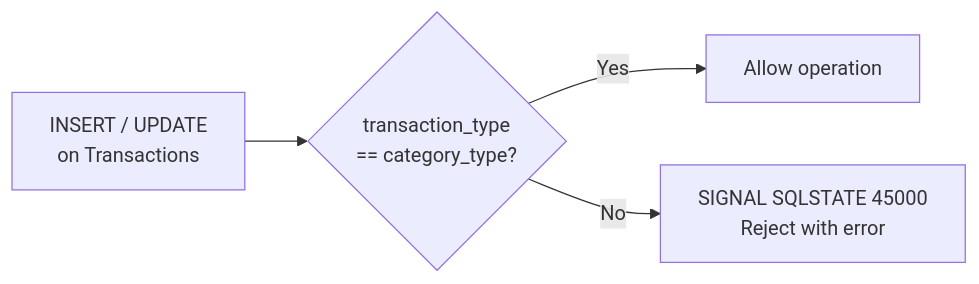
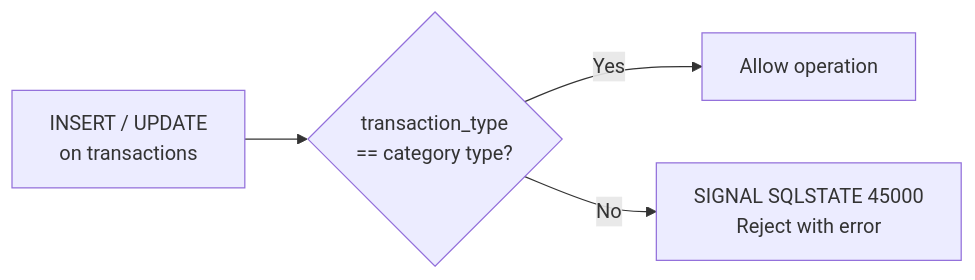
Before and after one commit to diaz3618/personal-finance-cs5356: the second of 3 diagrams in database/docs/diagrams/eer_diagram.md, drawn with Mermaid. The commit also changed other lines of this file and 1 other file, not shown here.

First line of the commit message:
Update ER and EER diagrams to the final 6-table schema

````diff
--- a/database/docs/diagrams/eer_diagram.md
+++ b/database/docs/diagrams/eer_diagram.md
@@ -51,6 +100,6 @@
 ```mermaid
 flowchart LR
-    A["INSERT / UPDATE<br/>on Transactions"] --> B{"transaction_type<br/>== category_type?"}
+    A["INSERT / UPDATE<br/>on transactions"] --> B{"transaction_type<br/>== category type?"}
     B -- Yes --> C["Allow operation"]
     B -- No --> D["SIGNAL SQLSTATE 45000<br/>Reject with error"]
 ```
````
